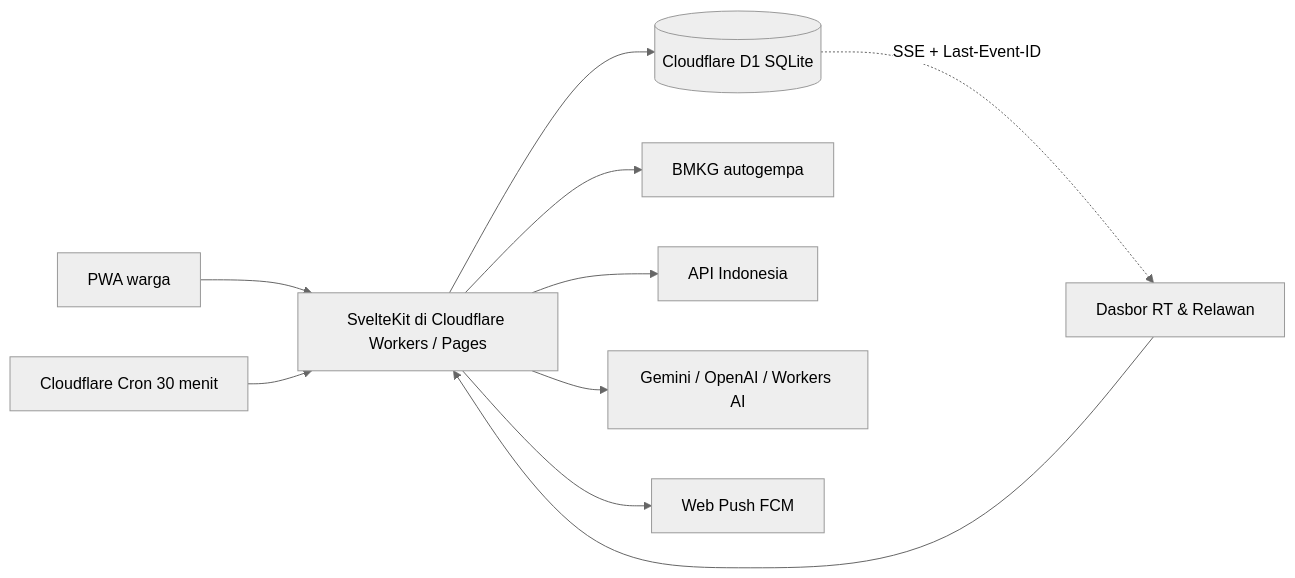
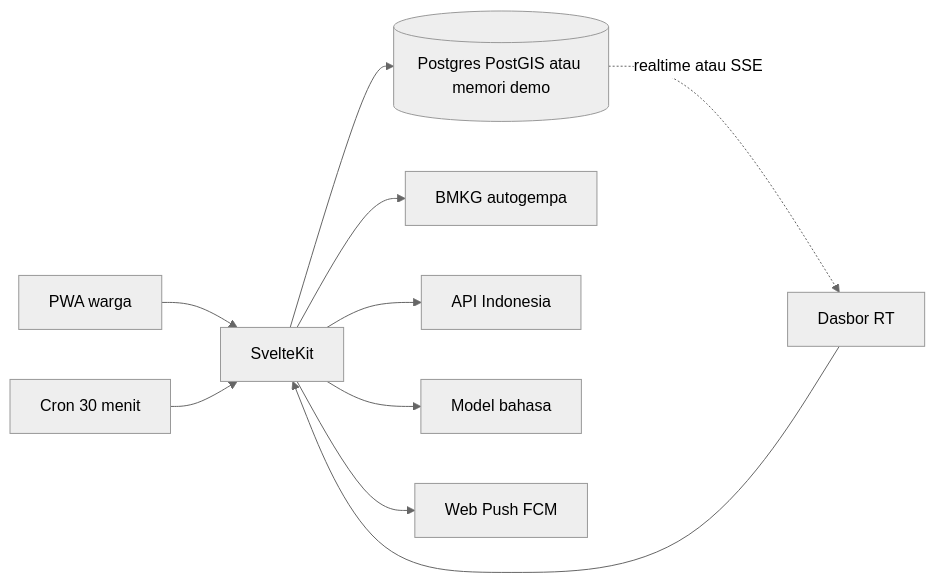
The diagram in README.md (Woot-Studio/friendlyneigborhood), drawn with Mermaid (neutral theme) before and after one commit. The commit also changed other lines of this file and 72 other files, not shown here.

````diff
--- a/README.md
+++ b/README.md
@@ -29,22 +28,22 @@
 ```mermaid
 flowchart LR
   warga[PWA warga]
-  rt[Dasbor RT & Relawan]
-  app[SvelteKit di Cloudflare Workers / Pages]
-  d1[(Cloudflare D1 SQLite)]
-  cron[Cloudflare Cron 30 menit]
+  rt[Dasbor RT]
+  app[SvelteKit]
+  store[(Postgres PostGIS atau memori demo)]
+  cron[Cron 30 menit]
   bmkg[BMKG autogempa]
   api[API Indonesia]
-  llm[Gemini / OpenAI / Workers AI]
+  llm[Model bahasa]
   push[Web Push FCM]
 
   warga --> app
   rt --> app
-  app --> d1
+  app --> store
   cron --> app
   app --> bmkg
   app --> api
   app --> llm
   app --> push
-  d1 -. SSE + Last-Event-ID .-> rt
+  store -. realtime atau SSE .-> rt
 ```
````
